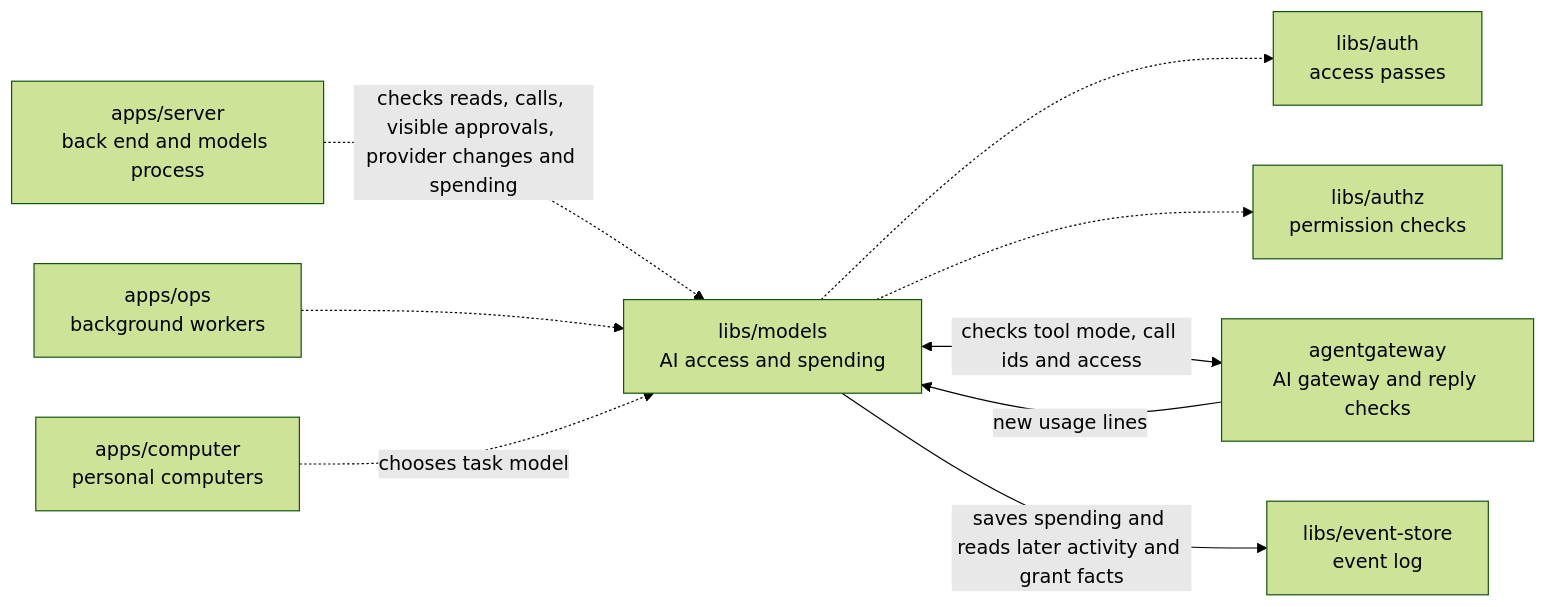
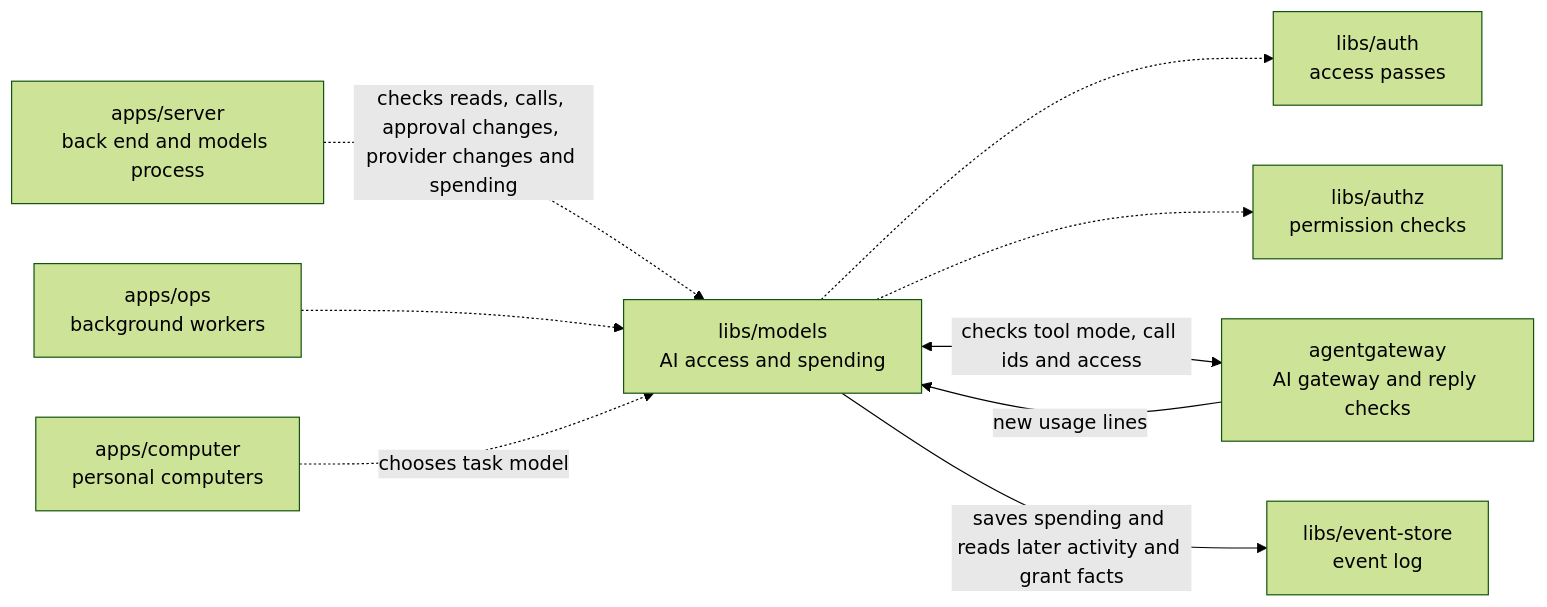
One commit to elewa-git/opencrane-new changed the diagram in libs/models/README.md. Above: the diagram before and after it, drawn with Mermaid (forest theme). The commit also changed other lines of this file and 17 other files, not shown here.

````diff
--- a/libs/models/README.md
+++ b/libs/models/README.md
@@ -11,11 +11,11 @@
 ```mermaid
 flowchart LR
-  server["apps/server<br/>back end and models process"] -.->|checks reads, calls, visible approvals, provider changes and spending| models["libs/models<br/>AI access and spending"]
+  server["apps/server<br/>back end and models process"] -.->|checks reads, calls, approval changes, provider changes and spending| models["libs/models<br/>AI access and spending"]
   ops["apps/ops<br/>background workers"] -.-> models
   computer["apps/computer<br/>personal computers"] -.->|chooses task model| models
   models -.-> auth["libs/auth<br/>access passes"]
   models -.-> authz["libs/authz<br/>permission checks"]
   models <-->|checks tool mode, call ids and access| gateway["agentgateway<br/>AI gateway and reply checks"]
   gateway -->|new usage lines| models
   models -->|saves spending and reads later activity and grant facts| store["libs/event-store<br/>event log"]
 ```
````
